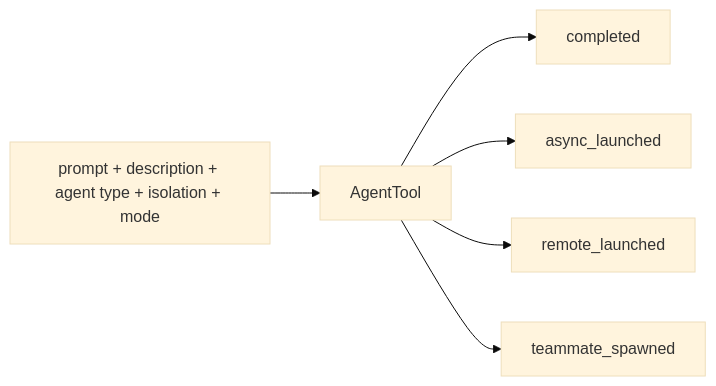
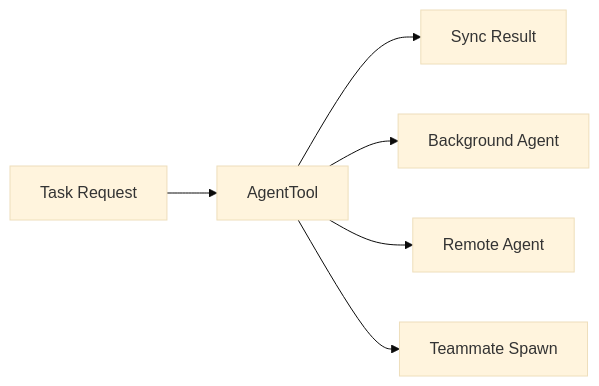
One commit to AICCer1/claude-code-build-architecture-deep-dive changed diagram 30 of 44 in docs/00-architecture-all-in-one.md. Above: the diagram before and after it, drawn with Mermaid (base theme). The commit also changed other lines of this file, not shown here.

Commit message:
Simplify section 10 Mermaid diagrams for compatibility

````diff
--- a/docs/00-architecture-all-in-one.md
+++ b/docs/00-architecture-all-in-one.md
@@ -745,8 +745,8 @@
 ```mermaid
 flowchart LR
-    Input[prompt + description + agent type + isolation + mode] --> AgentTool
-    AgentTool --> Sync[completed]
-    AgentTool --> Async[async_launched]
-    AgentTool --> Remote[remote_launched]
-    AgentTool --> TeamSpawn[teammate_spawned]
+    I[Task Request] --> A[AgentTool]
+    A --> S[Sync Result]
+    A --> B[Background Agent]
+    A --> R[Remote Agent]
+    A --> T[Teammate Spawn]
 ```
````
